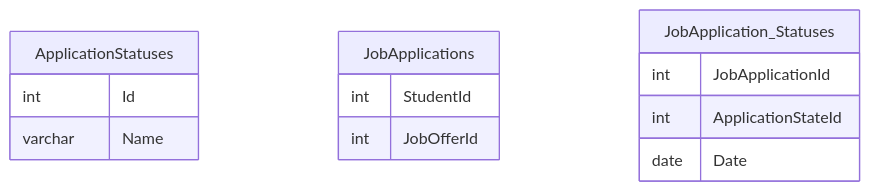
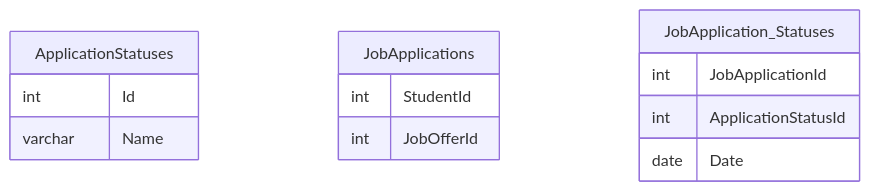
Before and after one commit to dannykentala/SchoolSql: the third of 3 diagrams in docs/diagrams.md, drawn with Mermaid. The commit also changed other lines of this file and 1 other file, not shown here.

````diff
--- a/docs/diagrams.md
+++ b/docs/diagrams.md
@@ -103,16 +115,16 @@
 ```mermaid
 erDiagram
   ApplicationStatuses {
     int Id
     varchar Name 
   }
   JobApplications {
     int StudentId
     int JobOfferId
   }
   JobApplication_Statuses {
     int JobApplicationId
-    int ApplicationStateId
+    int ApplicationStatusId
     date Date
   }
 ```
````
